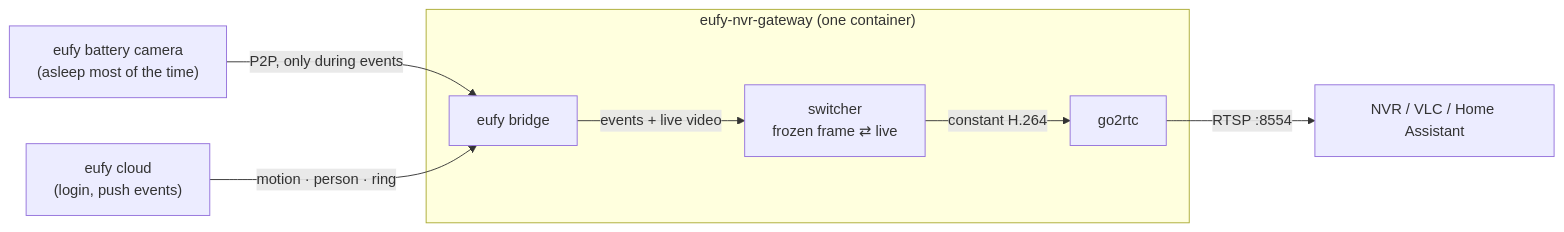
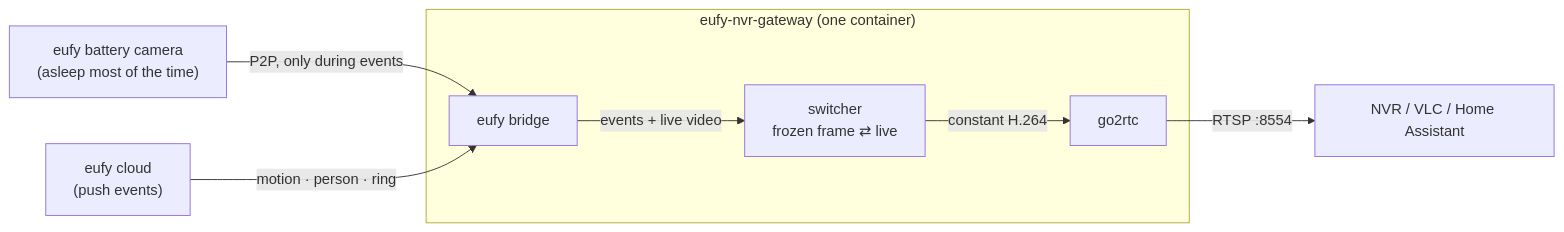
The diagram in README.md (dbanky/eufy-nvr-gateway), drawn with Mermaid before and after one commit. The commit also changed other lines of this file and 1 other file, not shown here.

Commit message:
Title: Eufy NVR Gateway; diagram: drop login from the eufy cloud

````diff
--- a/README.md
+++ b/README.md
@@ -18,10 +18,10 @@
 ```mermaid
 flowchart LR
   cam["eufy battery camera<br>(asleep most of the time)"] -- "P2P, only during events" --> bridge
-  cloud["eufy cloud<br>(login, push events)"] -- "motion · person · ring" --> bridge
+  cloud["eufy cloud<br>(push events)"] -- "motion · person · ring" --> bridge
   subgraph container ["eufy-nvr-gateway (one container)"]
     bridge["eufy bridge"] -- "events + live video" --> switcher["switcher<br>frozen frame ⇄ live"]
     switcher -- "constant H.264" --> go2rtc
   end
   go2rtc -- "RTSP :8554" --> nvr["NVR / VLC / Home Assistant"]
 ```
````
